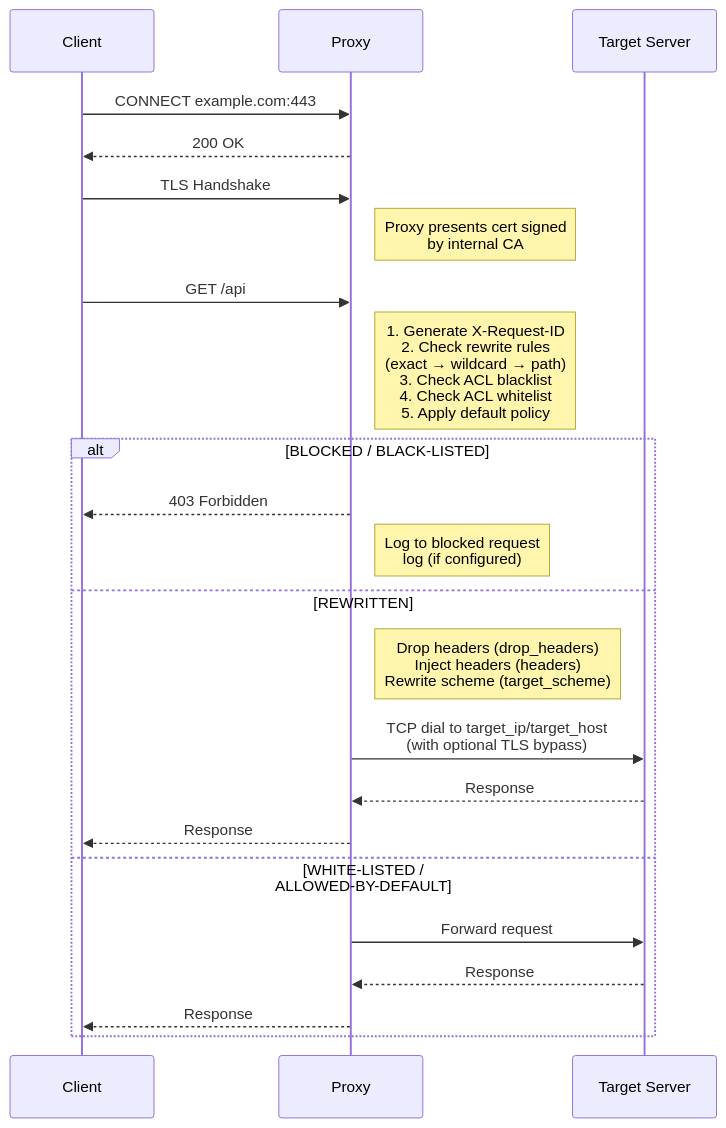
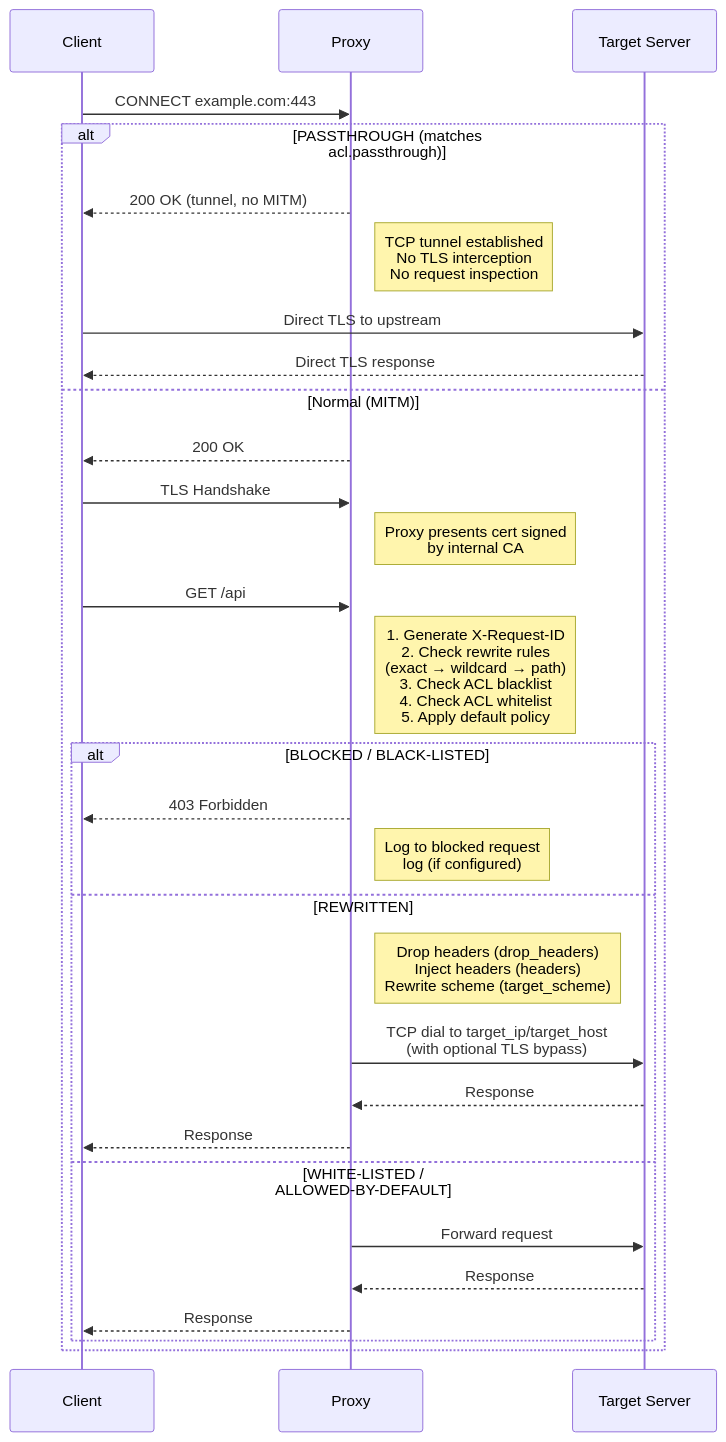
Before and after one commit to datarocks-ag/go-egress-mitm-proxy: the first of 4 diagrams in doc/architecture.md, drawn with Mermaid. The commit also changed other lines of this file and 9 other files, not shown here.

First line of the commit message:
Add ACL passthrough for no-MITM tunnel on CONNECT

````diff
--- a/doc/architecture.md
+++ b/doc/architecture.md
@@ -9,29 +9,37 @@
 ```mermaid
 sequenceDiagram
     participant Client
     participant Proxy
     participant Target as Target Server
 
     Client->>Proxy: CONNECT example.com:443
-    Proxy-->>Client: 200 OK
 
-    Client->>Proxy: TLS Handshake
-    Note right of Proxy: Proxy presents cert signed<br/>by internal CA
+    alt PASSTHROUGH (matches acl.passthrough)
+        Proxy-->>Client: 200 OK (tunnel, no MITM)
+        Note right of Proxy: TCP tunnel established<br/>No TLS interception<br/>No request inspection
+        Client->>Target: Direct TLS to upstream
+        Target-->>Client: Direct TLS response
+    else Normal (MITM)
+        Proxy-->>Client: 200 OK
 
-    Client->>Proxy: GET /api
-    Note right of Proxy: 1. Generate X-Request-ID<br/>2. Check rewrite rules<br/>   (exact → wildcard → path)<br/>3. Check ACL blacklist<br/>4. Check ACL whitelist<br/>5. Apply default policy
+        Client->>Proxy: TLS Handshake
+        Note right of Proxy: Proxy presents cert signed<br/>by internal CA
+
+        Client->>Proxy: GET /api
+        Note right of Proxy: 1. Generate X-Request-ID<br/>2. Check rewrite rules<br/>   (exact → wildcard → path)<br/>3. Check ACL blacklist<br/>4. Check ACL whitelist<br/>5. Apply default policy
 
     alt BLOCKED / BLACK-LISTED
         Proxy-->>Client: 403 Forbidden
         Note right of Proxy: Log to blocked request<br/>log (if configured)
     else REWRITTEN
         Note right of Proxy: Drop headers (drop_headers)<br/>Inject headers (headers)<br/>Rewrite scheme (target_scheme)
         Proxy->>Target: TCP dial to target_ip/target_host<br/>(with optional TLS bypass)
         Target-->>Proxy: Response
         Proxy-->>Client: Response
     else WHITE-LISTED / ALLOWED-BY-DEFAULT
         Proxy->>Target: Forward request
         Target-->>Proxy: Response
         Proxy-->>Client: Response
     end
+    end
 ```
````
